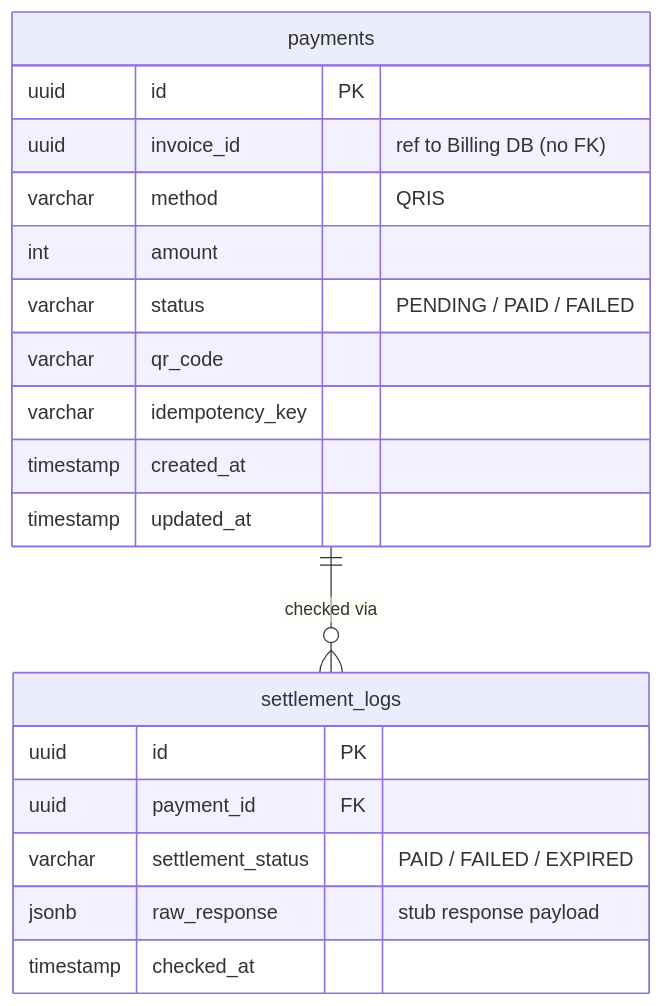
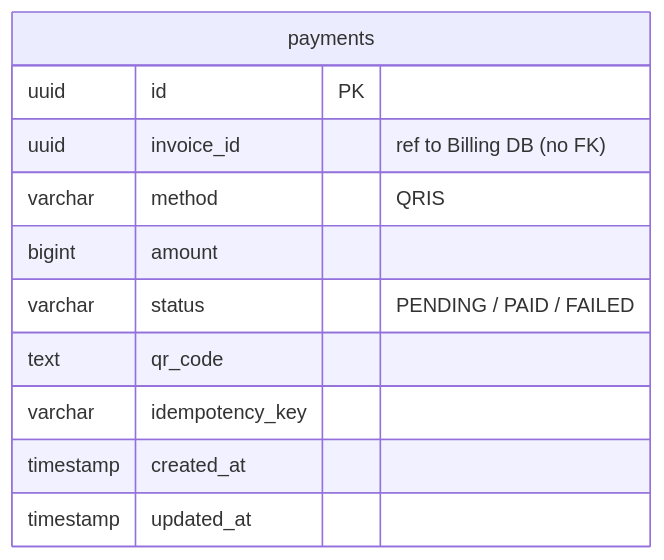
Before and after one commit to ParkirPintar/parkir-pintar-backend: diagram 22 of 23 in README.md, drawn with Mermaid. The commit also changed other lines of this file and 42 other files, not shown here.

````diff
--- a/README.md
+++ b/README.md
@@ -1649,24 +1447,14 @@
 ```mermaid
 erDiagram
     payments {
         uuid id PK
         uuid invoice_id "ref to Billing DB (no FK)"
         varchar method "QRIS"
-        int amount
+        bigint amount
         varchar status "PENDING / PAID / FAILED"
-        varchar qr_code
+        text qr_code
         varchar idempotency_key
         timestamp created_at
         timestamp updated_at
     }
-
-    settlement_logs {
-        uuid id PK
-        uuid payment_id FK
-        varchar settlement_status "PAID / FAILED / EXPIRED"
-        jsonb raw_response "stub response payload"
-        timestamp checked_at
-    }
-
-    payments ||--o{ settlement_logs : "checked via"
 ```
````
